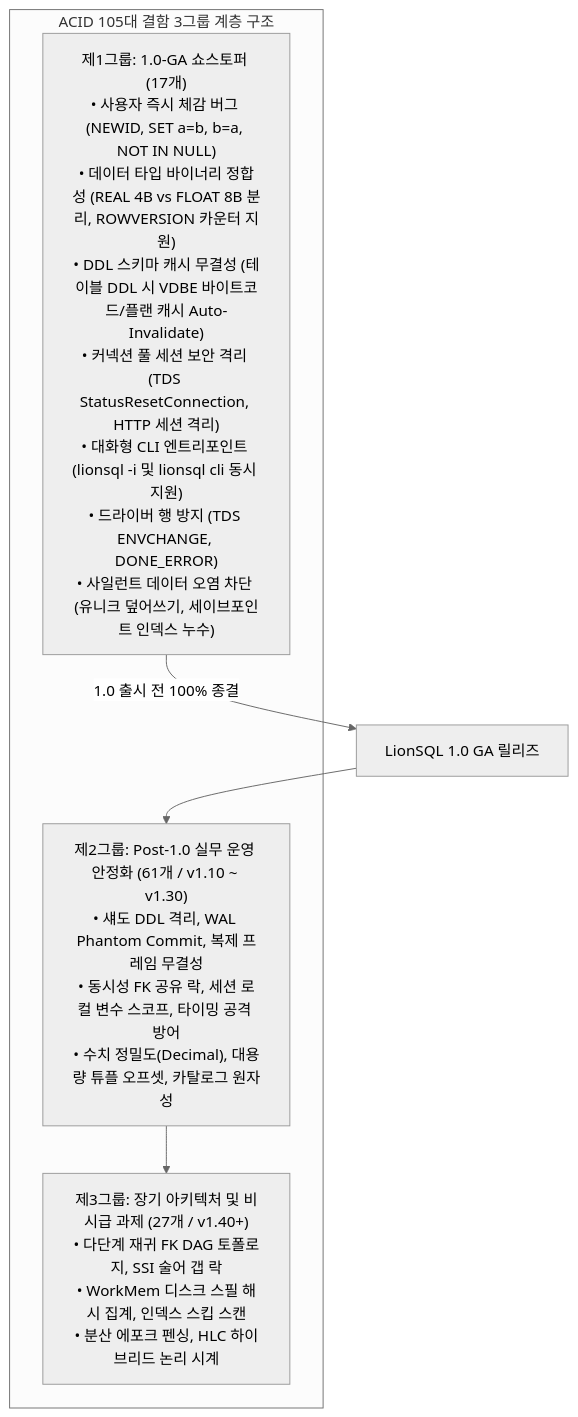
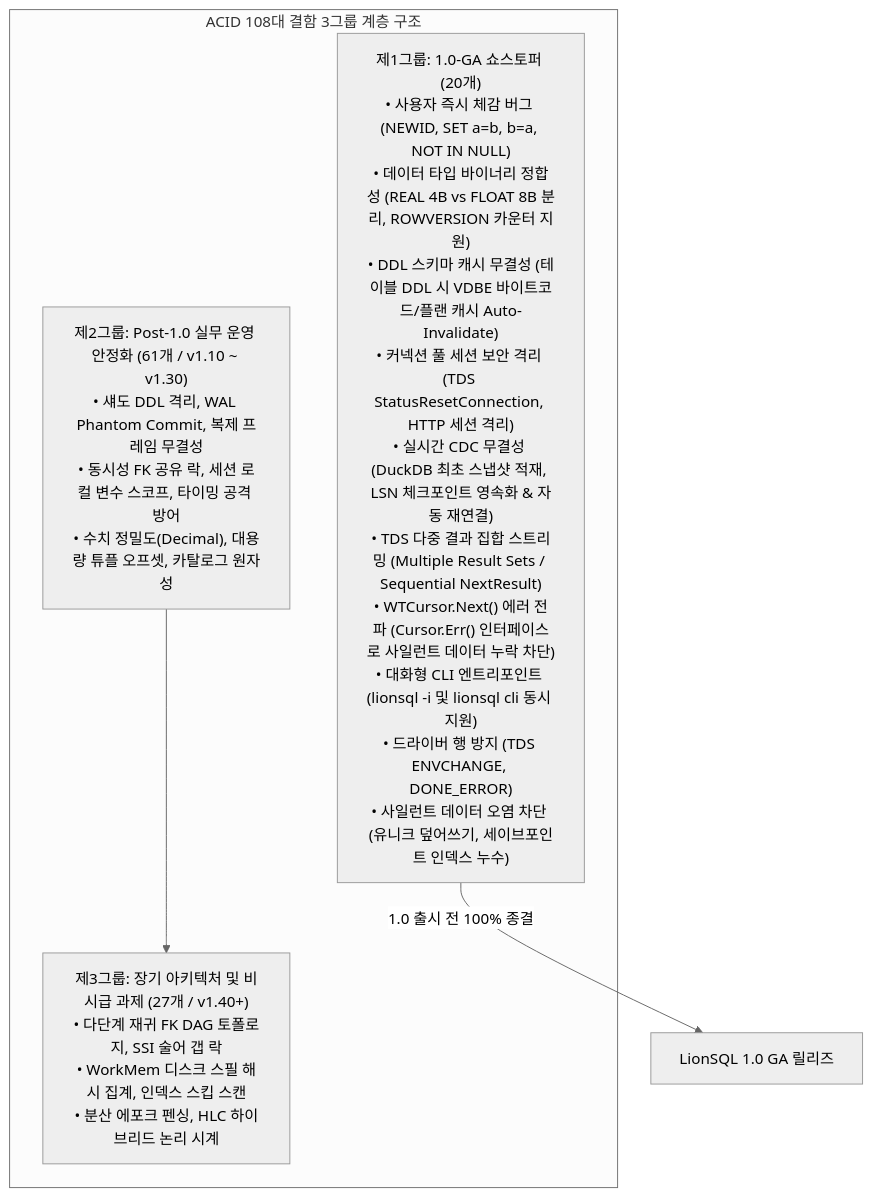
The first of 2 diagrams in notes/plans/ACID_CORE_INTEGRITY_STABILIZATION_PLAN.ko.md (MaroShim/LionSQL), drawn with Mermaid (neutral theme) before and after one commit. The commit also changed other lines of this file and 14 other files, not shown here.

Commit message:
fix(storage,execution): propagate cursor iteration errors to prevent silent data omission (FIX-WT-CURSOR-ERROR-PROPAGATION-1)

````diff
--- a/notes/plans/ACID_CORE_INTEGRITY_STABILIZATION_PLAN.ko.md
+++ b/notes/plans/ACID_CORE_INTEGRITY_STABILIZATION_PLAN.ko.md
@@ -18,11 +18,11 @@
 ```mermaid
 flowchart TD
-    subgraph ACID_TriGroup ["ACID 105대 결함 3그룹 계층 구조"]
-        G1["제1그룹: 1.0-GA 쇼스토퍼 (17개)<br>• 사용자 즉시 체감 버그 (NEWID, SET a=b, b=a, NOT IN NULL)<br>• 데이터 타입 바이너리 정합성 (REAL 4B vs FLOAT 8B 분리, ROWVERSION 카운터 지원)<br>• DDL 스키마 캐시 무결성 (테이블 DDL 시 VDBE 바이트코드/플랜 캐시 Auto-Invalidate)<br>• 커넥션 풀 세션 보안 격리 (TDS StatusResetConnection, HTTP 세션 격리)<br>• 대화형 CLI 엔트리포인트 (lionsql -i 및 lionsql cli 동시 지원)<br>• 드라이버 행 방지 (TDS ENVCHANGE, DONE_ERROR)<br>• 사일런트 데이터 오염 차단 (유니크 덮어쓰기, 세이브포인트 인덱스 누수)"]
+    subgraph ACID_TriGroup ["ACID 108대 결함 3그룹 계층 구조"]
+        G1["제1그룹: 1.0-GA 쇼스토퍼 (20개)<br>• 사용자 즉시 체감 버그 (NEWID, SET a=b, b=a, NOT IN NULL)<br>• 데이터 타입 바이너리 정합성 (REAL 4B vs FLOAT 8B 분리, ROWVERSION 카운터 지원)<br>• DDL 스키마 캐시 무결성 (테이블 DDL 시 VDBE 바이트코드/플랜 캐시 Auto-Invalidate)<br>• 커넥션 풀 세션 보안 격리 (TDS StatusResetConnection, HTTP 세션 격리)<br>• 실시간 CDC 무결성 (DuckDB 최초 스냅샷 적재, LSN 체크포인트 영속화 & 자동 재연결)<br>• TDS 다중 결과 집합 스트리밍 (Multiple Result Sets / Sequential NextResult)<br>• WTCursor.Next() 에러 전파 (Cursor.Err() 인터페이스로 사일런트 데이터 누락 차단)<br>• 대화형 CLI 엔트리포인트 (lionsql -i 및 lionsql cli 동시 지원)<br>• 드라이버 행 방지 (TDS ENVCHANGE, DONE_ERROR)<br>• 사일런트 데이터 오염 차단 (유니크 덮어쓰기, 세이브포인트 인덱스 누수)"]
         G2["제2그룹: Post-1.0 실무 운영 안정화 (61개 / v1.10 ~ v1.30)<br>• 섀도 DDL 격리, WAL Phantom Commit, 복제 프레임 무결성<br>• 동시성 FK 공유 락, 세션 로컬 변수 스코프, 타이밍 공격 방어<br>• 수치 정밀도(Decimal), 대용량 튜플 오프셋, 카탈로그 원자성"]
         G3["제3그룹: 장기 아키텍처 및 비시급 과제 (27개 / v1.40+)<br>• 다단계 재귀 FK DAG 토폴로지, SSI 술어 갭 락<br>• WorkMem 디스크 스필 해시 집계, 인덱스 스킵 스캔<br>• 분산 에포크 펜싱, HLC 하이브리드 논리 시계"]
     end
     G1 -->|1.0 출시 전 100% 종결| GA["LionSQL 1.0 GA 릴리즈"]
-    GA --> G2
+    G2
     G2 --> G3
 ```
````
